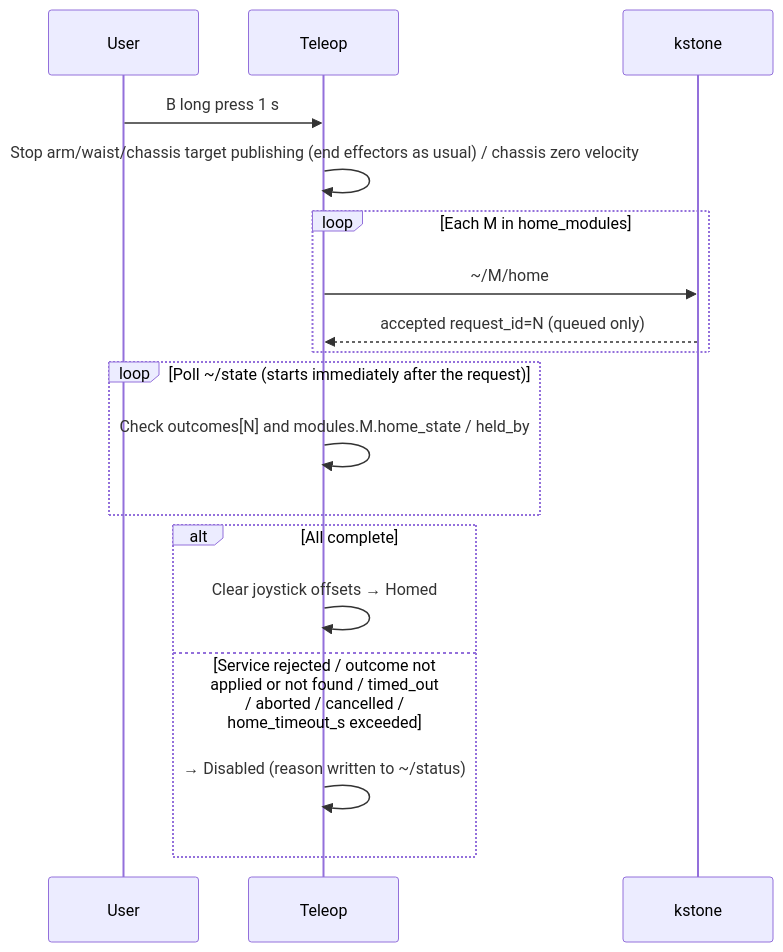
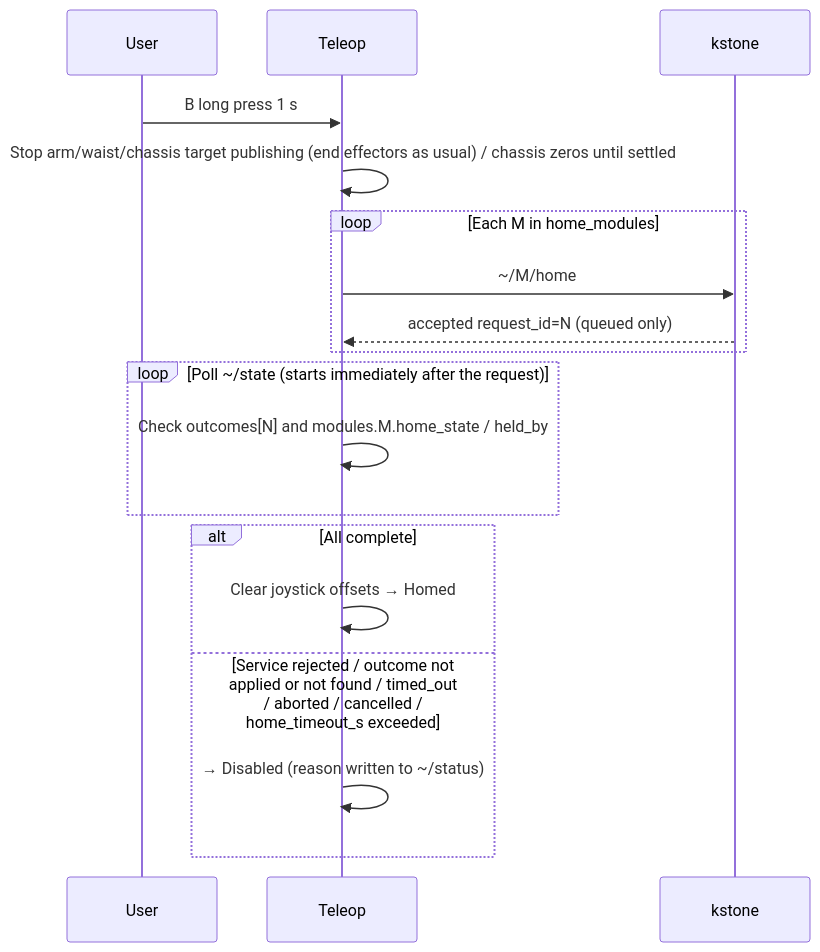
The sixth of 6 diagrams in lookie_teleop/docs/vr_teleop_dev_design.md (AgilexOpensource/lookie_ros), drawn with Mermaid before and after one commit. The commit also changed other lines of this file and 4 other files, not shown here.

First line of the commit message:
Teleop: stay silent on the chassis velocity topic while idle

````diff
--- a/lookie_teleop/docs/vr_teleop_dev_design.md
+++ b/lookie_teleop/docs/vr_teleop_dev_design.md
@@ -414,20 +414,20 @@
 ```mermaid
 sequenceDiagram
     participant U as User
     participant T as Teleop
     participant K as kstone
     U->>T: B long press 1 s
-    T->>T: Stop arm/waist/chassis target publishing (end effectors as usual) / chassis zero velocity
+    T->>T: Stop arm/waist/chassis target publishing (end effectors as usual) / chassis zeros until settled
     loop Each M in home_modules
         T->>K: ~/M/home
         K-->>T: accepted request_id=N (queued only)
     end
     loop Poll ~/state (starts immediately after the request)
         T->>T: Check outcomes[N] and modules.M.home_state / held_by
     end
     alt All complete
         T->>T: Clear joystick offsets → Homed
     else Service rejected / outcome not applied or not found / timed_out / aborted / cancelled / home_timeout_s exceeded
         T->>T: → Disabled (reason written to ~/status)
     end
 ```
````
